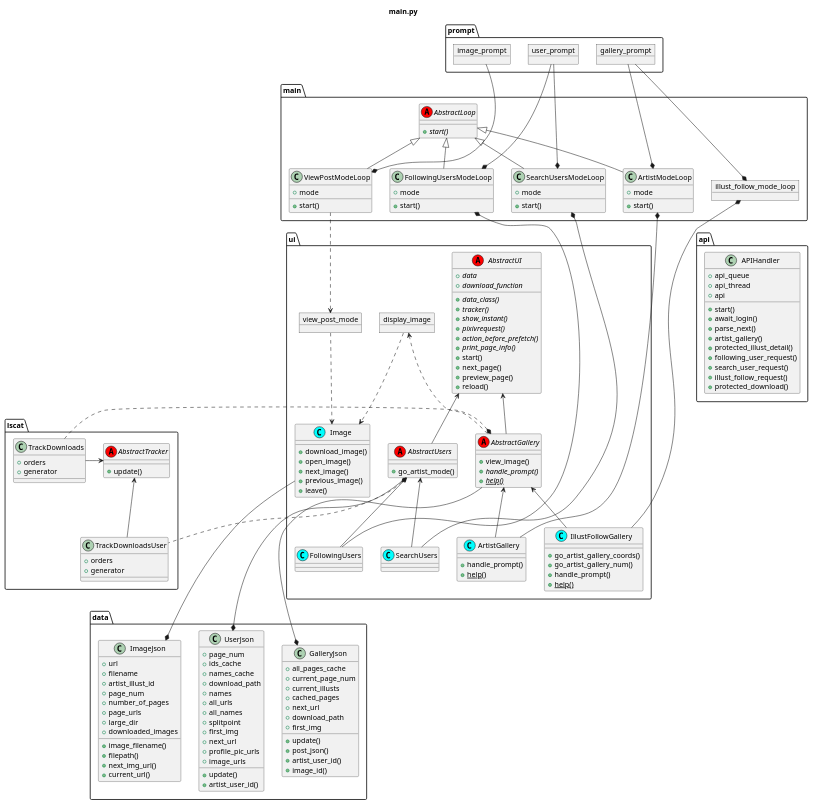
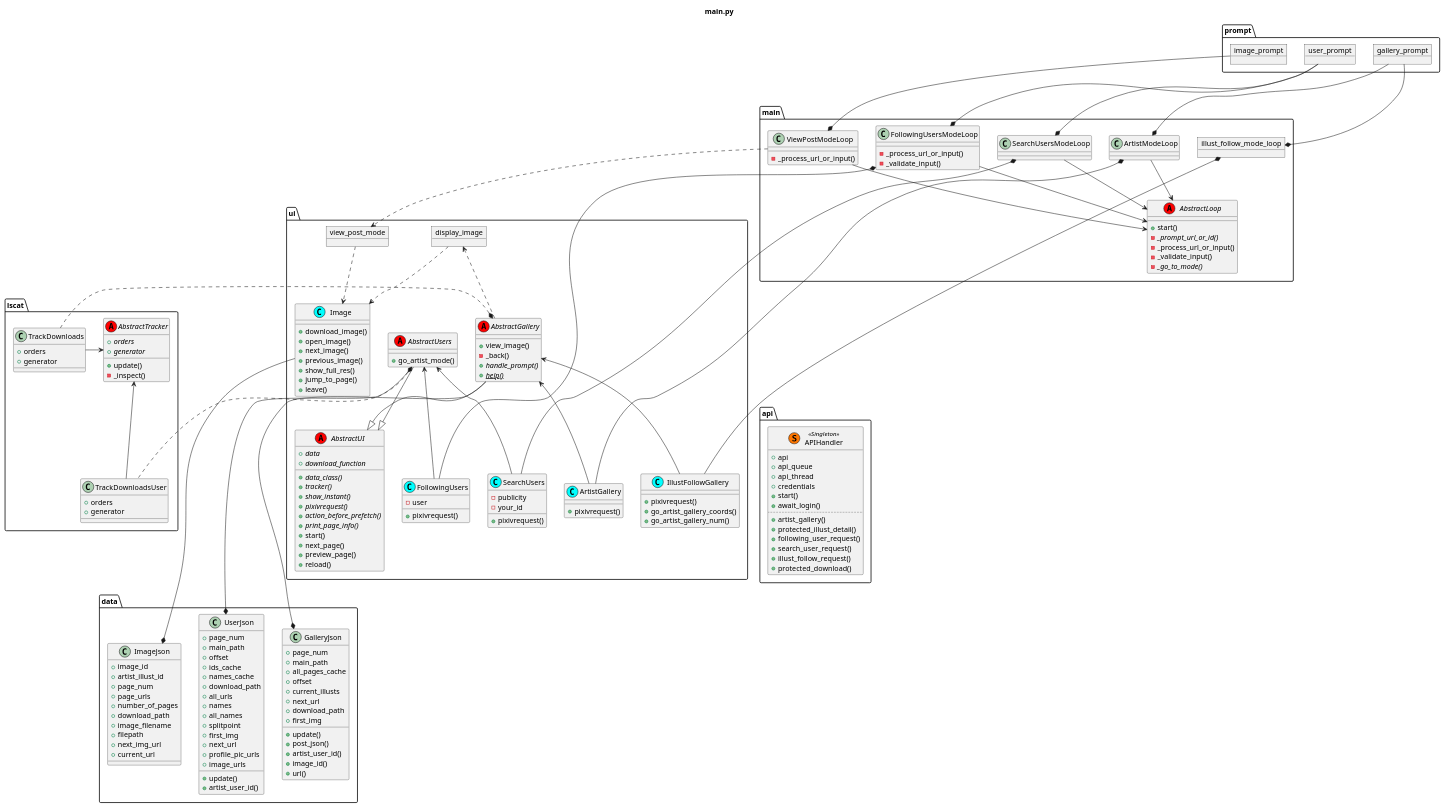
The diagram in puml/classes.puml (akazukin5151/koneko), drawn with PlantUML before and after one commit. The commit also changed 1 other file, not shown here.

```diff
--- a/puml/classes.puml
+++ b/puml/classes.puml
@@ -3,19 +3,21 @@
 title main.py
 
 abstract class main.AbstractLoop <<(A, red)>>{
-  +{abstract}start()
+  +start()
+  -{abstract}_prompt_url_or_id()
+  -_process_url_or_input()
+  -_validate_input()
+  -{abstract}_go_to_mode()
 }
 
 class main.ArtistModeLoop {
-    + mode
-    +start()
 }
 package main {
     object illust_follow_mode_loop
 }
 
-main.AbstractLoop <|-down- main.ArtistModeLoop
-main.AbstractLoop <|-down[hidden]- illust_follow_mode_loop
+main.AbstractLoop <-up- main.ArtistModeLoop
+main.AbstractLoop <-up[hidden]- illust_follow_mode_loop
 
 abstract class ui.AbstractUI <<(A, red)>>{
     + {abstract} data
@@ -34,20 +36,19 @@
 
 abstract class ui.AbstractGallery <<(A, red)>>{
     +view_image()
+    -_back()
     +{abstract}handle_prompt()
     +{abstract}{static}help()
 }
-ui.AbstractUI <-down- ui.AbstractGallery
+ui.AbstractUI <|-up- ui.AbstractGallery
 
 class ui.ArtistGallery <<(C, cyan)>>{
-    +handle_prompt()
-    +{static}help()
+    +pixivrequest()
 }
 class ui.IllustFollowGallery <<(C, cyan)>>{
+    +pixivrequest()
     +go_artist_gallery_coords()
     +go_artist_gallery_num()
-    +handle_prompt()
-    +{static}help()
 }
 main.ArtistModeLoop*-down- ui.ArtistGallery
 
@@ -58,8 +59,7 @@
 ui.AbstractGallery <-down- ui.ArtistGallery
 
 class main.ViewPostModeLoop {
-    + mode
-    +start()
+    -_process_url_or_input()
 }
 package ui {
     object view_post_mode
@@ -70,10 +70,12 @@
     + open_image()
     + next_image()
     + previous_image()
+    + show_full_res()
+    + jump_to_page()
     + leave()
 }
 
-main.AbstractLoop <|-down- main.ViewPostModeLoop
+main.AbstractLoop <-up- main.ViewPostModeLoop
 main.ViewPostModeLoop ..> view_post_mode
 view_post_mode ..> ui.Image
 display_image ..> ui.Image
@@ -81,22 +83,26 @@
 
 
 class main.FollowingUsersModeLoop {
-    + mode
-    +start()
+    -_process_url_or_input()
+    -_validate_input()
 }
-class main.SearchUsersModeLoop {
-    + mode
-    +start()
+class main.SearchUsersModeLoop
+main.AbstractLoop <-up- main.FollowingUsersModeLoop
+main.AbstractLoop <-up- main.SearchUsersModeLoop
+
+class ui.FollowingUsers <<(C, cyan)>> {
+    - user
+    +pixivrequest()
 }
-main.AbstractLoop <|-down- main.FollowingUsersModeLoop
-main.AbstractLoop <|-down- main.SearchUsersModeLoop
-
-class ui.FollowingUsers <<(C, cyan)>>
-class ui.SearchUsers <<(C, cyan)>>
+class ui.SearchUsers <<(C, cyan)>> {
+    - publicity
+    - your_id
+    +pixivrequest()
+}
 abstract class ui.AbstractUsers <<(A, red)>>{
     +go_artist_mode()
 }
-ui.AbstractUI <-down- ui.AbstractUsers
+ui.AbstractUI <|-up- ui.AbstractUsers
 ui.AbstractUsers <-down- ui.FollowingUsers
 ui.AbstractUsers <-down- ui.SearchUsers
 main.FollowingUsersModeLoop*-down- ui.FollowingUsers
@@ -104,7 +110,10 @@
 
 
 abstract class lscat.AbstractTracker <<(A, red)>>{
+    + {abstract} orders
+    + {abstract} generator
     +update()
+    -_inspect()
 }
 class lscat.TrackDownloads {
     + orders
@@ -141,10 +150,11 @@
 
 
 class data.GalleryJson {
+    + page_num
+    + main_path
     + all_pages_cache
-    + current_page_num
+    + offset
     + current_illusts
-    + cached_pages
     + next_url
     + download_path
     + first_img
@@ -152,35 +162,36 @@
     +post_json()
     +artist_user_id()
     +image_id()
+    +url()
 }
 class data.ImageJson {
-    + url
-    + filename
+    + image_id
     + artist_illust_id
     + page_num
+    + page_urls
     + number_of_pages
-    + page_urls
-    + large_dir
-    + downloaded_images
-    +image_filename()
-    +filepath()
-    +next_img_url()
-    +current_url()
+    + download_path
+    + image_filename
+    + filepath
+    + next_img_url
+    + current_url
 }
 class data.UserJson {
     + page_num
+    + main_path
+    + offset
     + ids_cache
     + names_cache
     + download_path
+    + all_urls
     + names
-    + all_urls
     + all_names
     + splitpoint
     + first_img
-    +update()
     + next_url
     + profile_pic_urls
     + image_urls
+    +update()
     +artist_user_id()
 }
 
@@ -189,13 +200,14 @@
 data.UserJson *-up-- ui.AbstractUsers
 
 
-class api.APIHandler {
+class api.APIHandler << (S,#FF7700) Singleton >> {
+    + api
     + api_queue
     + api_thread
-    + api
+    + credentials
     +start()
     +await_login()
-    +parse_next()
+    ..
     +artist_gallery()
     +protected_illust_detail()
     +following_user_request()
```
